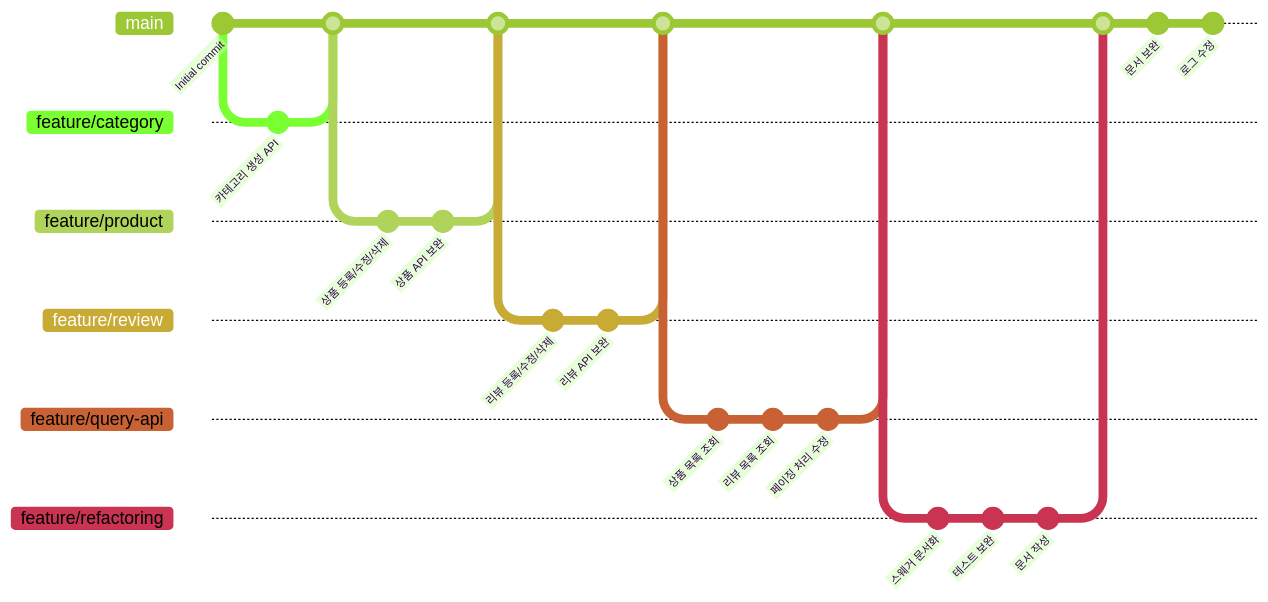
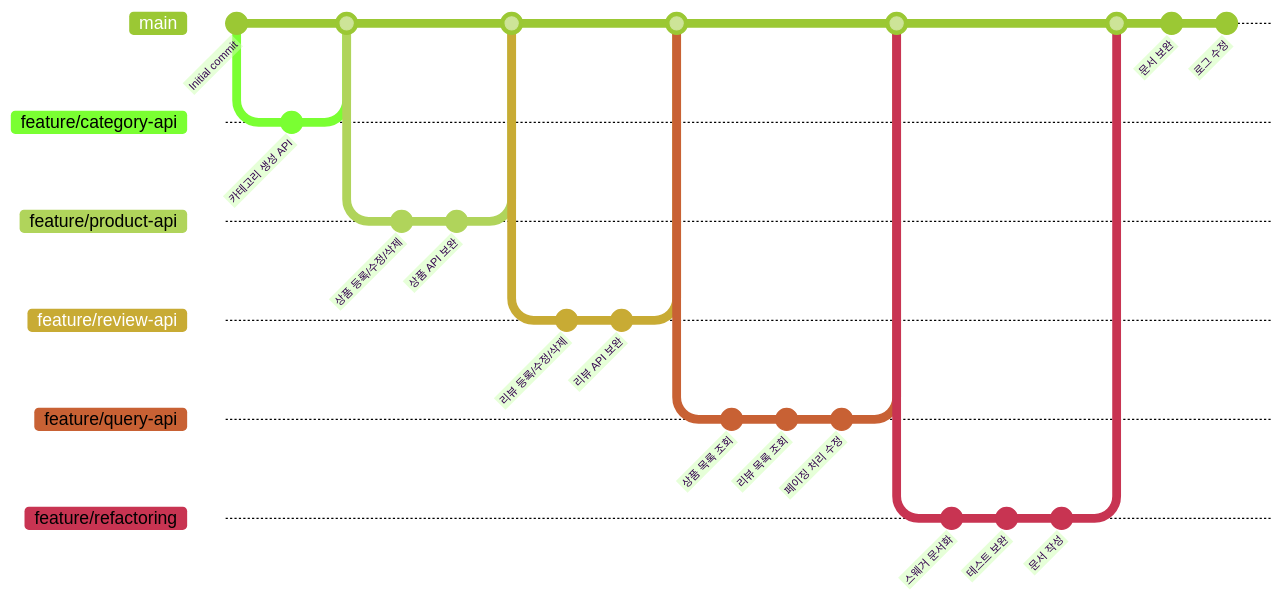
The third of 3 diagrams in README.md (jincrates-lee/pf-assignment), drawn with Mermaid (forest theme) before and after one commit.

Commit message:
docs: 브랜치명 수정

````diff
--- a/README.md
+++ b/README.md
@@ -246,42 +246,42 @@
 ```mermaid
 gitGraph
     commit id: "Initial commit"
-    branch feature/category
-    checkout feature/category
+    branch feature/category-api
+    checkout feature/category-api
     commit id: "카테고리 생성 API"
     checkout main
-    merge feature/category
+    merge feature/category-api
     
-    branch feature/product
-    checkout feature/product
+    branch feature/product-api
+    checkout feature/product-api
     commit id: "상품 등록/수정/삭제"
     commit id: "상품 API 보완"
     checkout main
-    merge feature/product
+    merge feature/product-api
     
-    branch feature/review
-    checkout feature/review
+    branch feature/review-api
+    checkout feature/review-api
     commit id: "리뷰 등록/수정/삭제"
     commit id: "리뷰 API 보완"
     checkout main
-    merge feature/review
+    merge feature/review-api
     
     branch feature/query-api
     checkout feature/query-api
     commit id: "상품 목록 조회"
     commit id: "리뷰 목록 조회"
     commit id: "페이징 처리 수정"
     checkout main
     merge feature/query-api
     
     branch feature/refactoring
     checkout feature/refactoring
     commit id: "스웨거 문서화"
     commit id: "테스트 보완"
     commit id: "문서 작성"
     checkout main
     merge feature/refactoring
     
     commit id: "문서 보완"
     commit id: "로그 수정"
 ```
````
